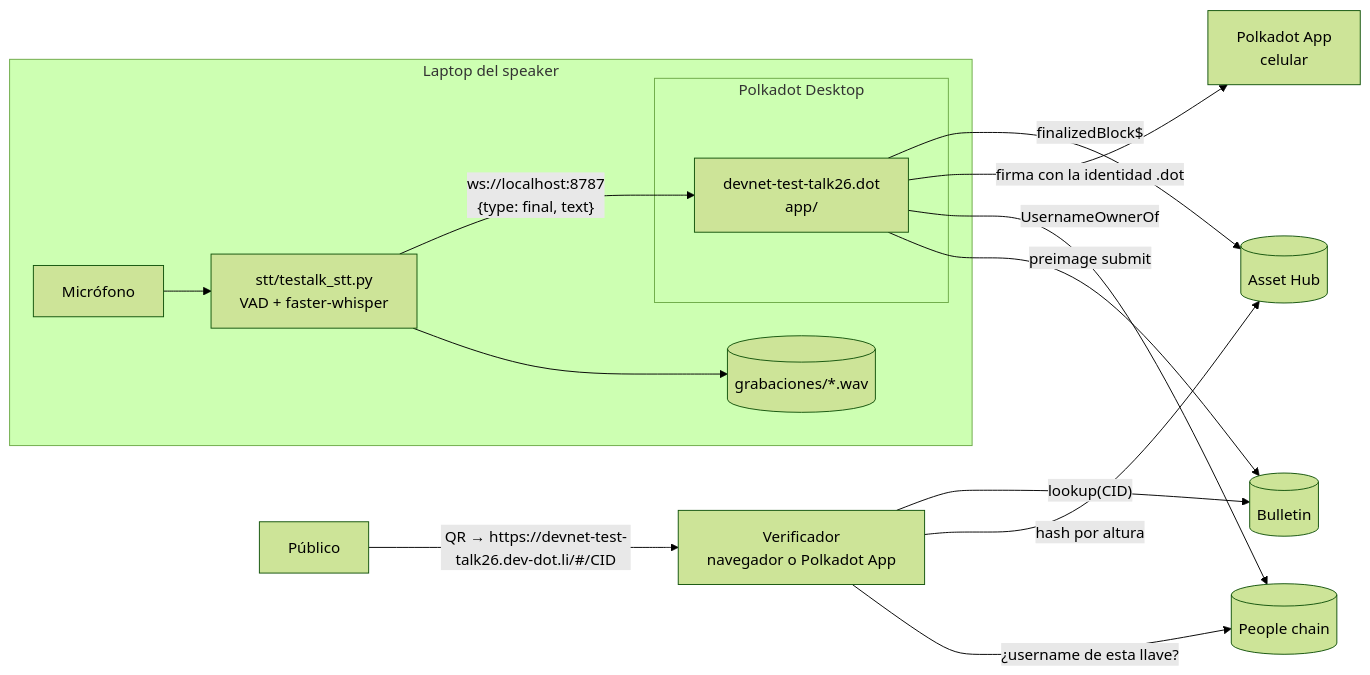
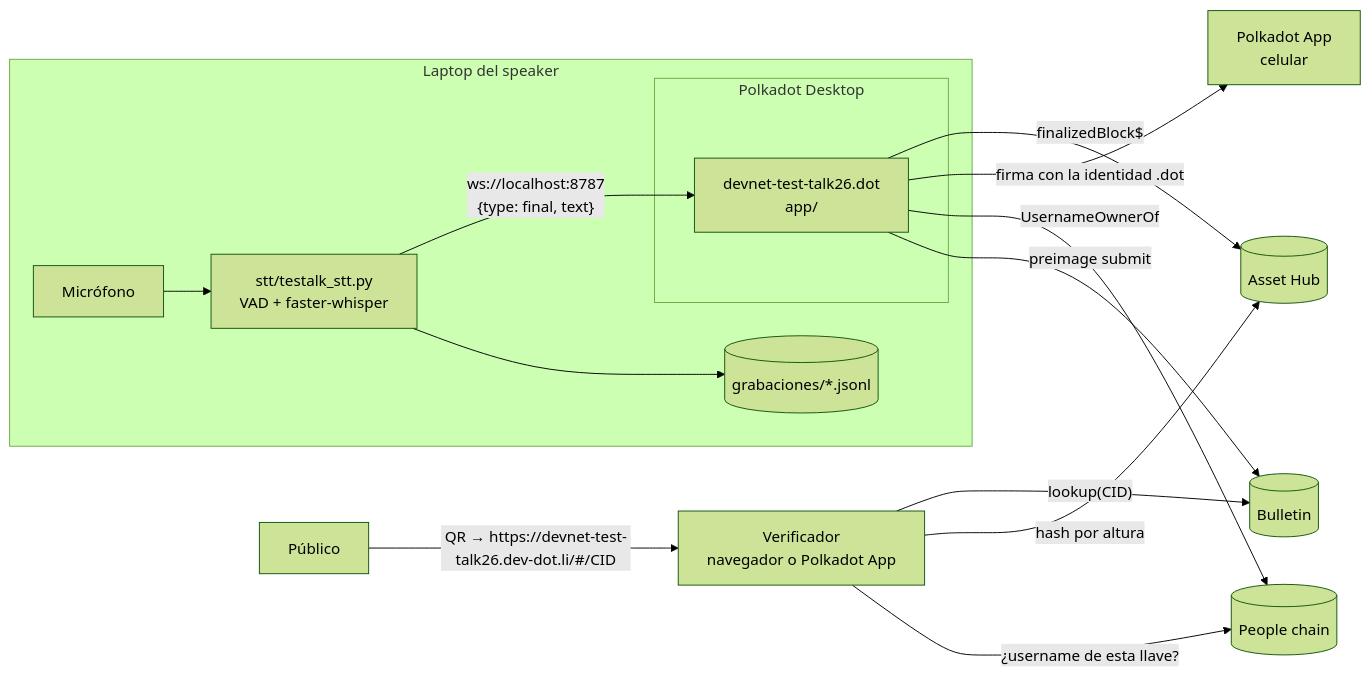
The diagram in docs/architecture.md (w3nerick/testalk), drawn with Mermaid (forest theme) before and after one commit. The commit also changed other lines of this file and 12 other files, not shown here.

````diff
--- a/docs/architecture.md
+++ b/docs/architecture.md
@@ -6,19 +6,19 @@
 ```mermaid
 flowchart LR
     subgraph Laptop del speaker
         MIC[Micrófono] --> STT[stt/testalk_stt.py<br/>VAD + faster-whisper]
         STT -- "ws://localhost:8787<br/>{type: final, text}" --> APP
-        STT --> WAV[(grabaciones/*.wav)]
+        STT --> LOG[(grabaciones/*.jsonl)]
         subgraph Polkadot Desktop
             APP[devnet-test-talk26.dot<br/>app/]
         end
     end
     APP -- "finalizedBlock$" --> AH[(Asset Hub)]
     APP -- "firma con la identidad .dot" --> PA[Polkadot App<br/>celular]
     APP -- "UsernameOwnerOf" --> PE[(People chain)]
     APP -- "preimage submit" --> BU[(Bulletin)]
     PUB[Público] -- "QR → https://devnet-test-talk26.dev-dot.li/#/CID" --> VER[Verificador<br/>navegador o Polkadot App]
     VER -- "lookup(CID)" --> BU
     VER -- "hash por altura" --> AH
     VER -- "¿username de esta llave?" --> PE
 ```
````
